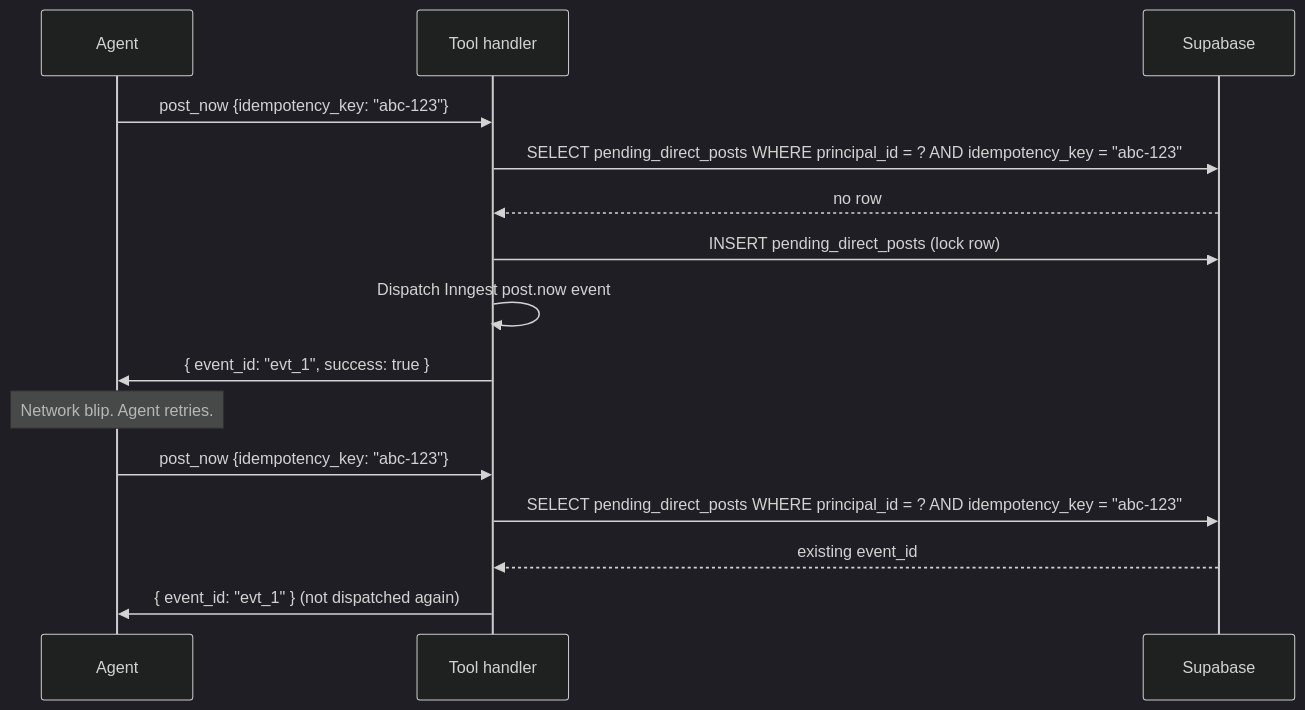
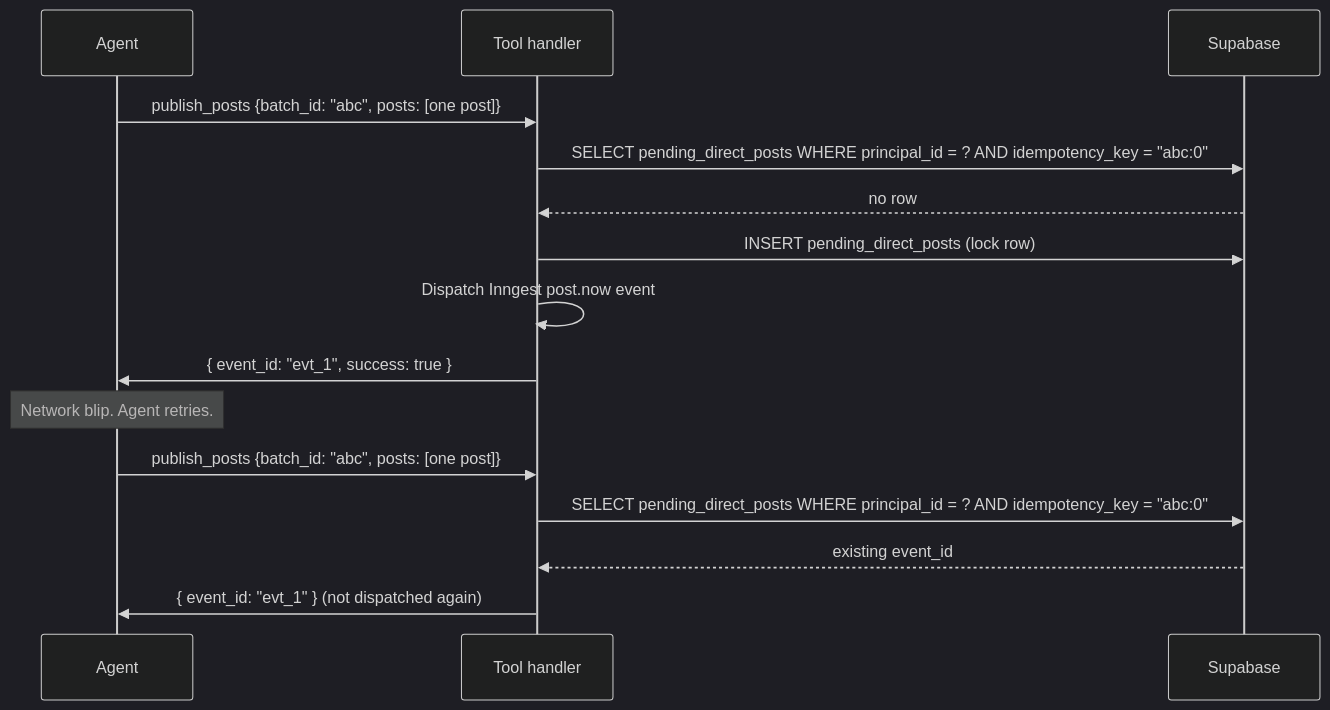
The third of 6 diagrams in docs/SECURITY.md (Andy00L/sharetopus), drawn with Mermaid (dark theme) before and after one commit. The commit also changed other lines of this file and 60 other files, not shown here.

First line of the commit message:
feat(mcp): one publish_posts tool, 18 tools become 10

````diff
--- a/docs/SECURITY.md
+++ b/docs/SECURITY.md
@@ -166,20 +162,20 @@
 ```mermaid
 sequenceDiagram
     participant A as Agent
     participant T as Tool handler
     participant DB as Supabase
 
-    A->>T: post_now {idempotency_key: "abc-123"}
-    T->>DB: SELECT pending_direct_posts WHERE principal_id = ? AND idempotency_key = "abc-123"
+    A->>T: publish_posts {batch_id: "abc", posts: [one post]}
+    T->>DB: SELECT pending_direct_posts WHERE principal_id = ? AND idempotency_key = "abc:0"
     DB-->>T: no row
     T->>DB: INSERT pending_direct_posts (lock row)
     T->>T: Dispatch Inngest post.now event
     T->>A: { event_id: "evt_1", success: true }
 
     Note over A: Network blip. Agent retries.
 
-    A->>T: post_now {idempotency_key: "abc-123"}
-    T->>DB: SELECT pending_direct_posts WHERE principal_id = ? AND idempotency_key = "abc-123"
+    A->>T: publish_posts {batch_id: "abc", posts: [one post]}
+    T->>DB: SELECT pending_direct_posts WHERE principal_id = ? AND idempotency_key = "abc:0"
     DB-->>T: existing event_id
     T->>A: { event_id: "evt_1" } (not dispatched again)
 ```
````
